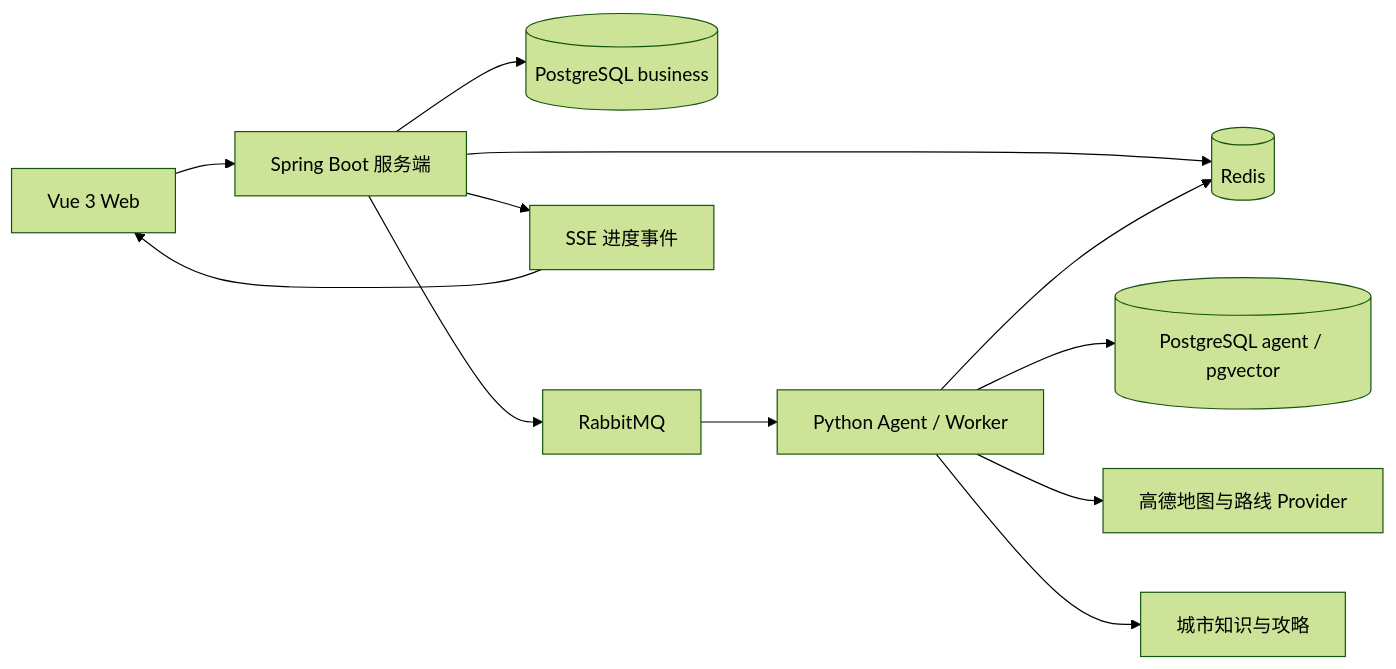
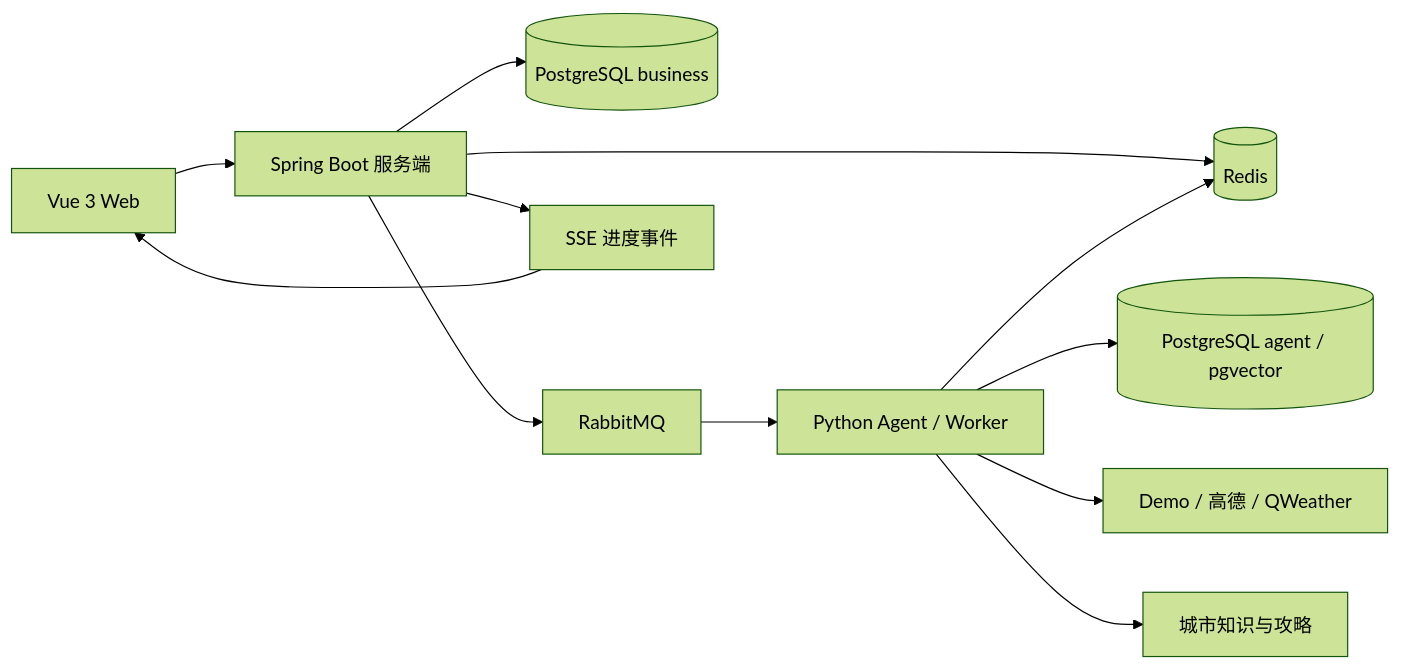
The diagram in README.md (tobehardoo/trip-pilot-agent), drawn with Mermaid (forest theme) before and after one commit. The commit also changed other lines of this file and 14 other files, not shown here.

````diff
--- a/README.md
+++ b/README.md
@@ -23,14 +22,14 @@
 ```mermaid
 flowchart LR
     Browser["Vue 3 Web"] --> Server["Spring Boot 服务端"]
     Server --> BusinessDB[("PostgreSQL business")]
-    Agent --> AgentDB[("PostgreSQL agent / pgvector")]
     Server --> Cache[("Redis")]
     Server --> Queue["RabbitMQ"]
     Server --> Events["SSE 进度事件"]
     Queue --> Agent["Python Agent / Worker"]
+    Agent --> AgentDB[("PostgreSQL agent / pgvector")]
     Agent --> Cache
-    Agent --> Provider["高德地图与路线 Provider"]
+    Agent --> Provider["Demo / 高德 / QWeather"]
     Agent --> Knowledge["城市知识与攻略"]
     Events --> Browser
 ```
````
